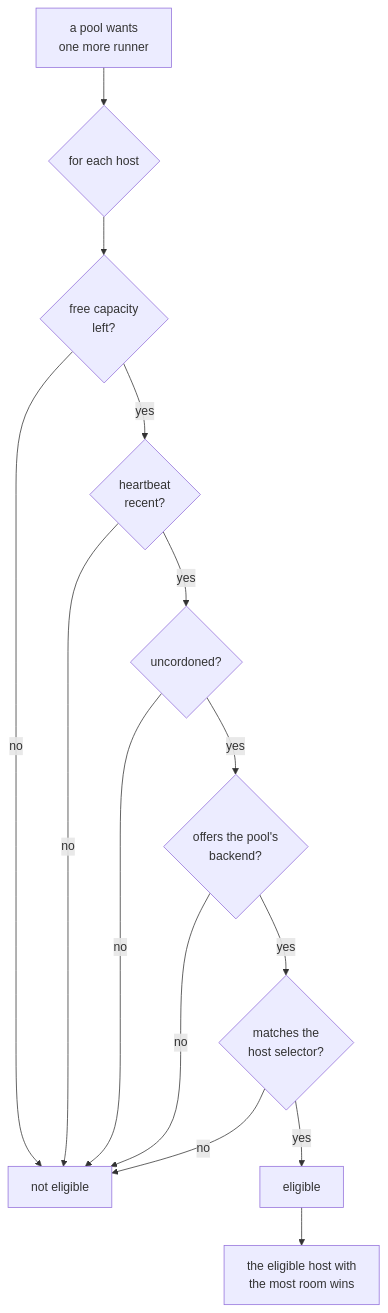
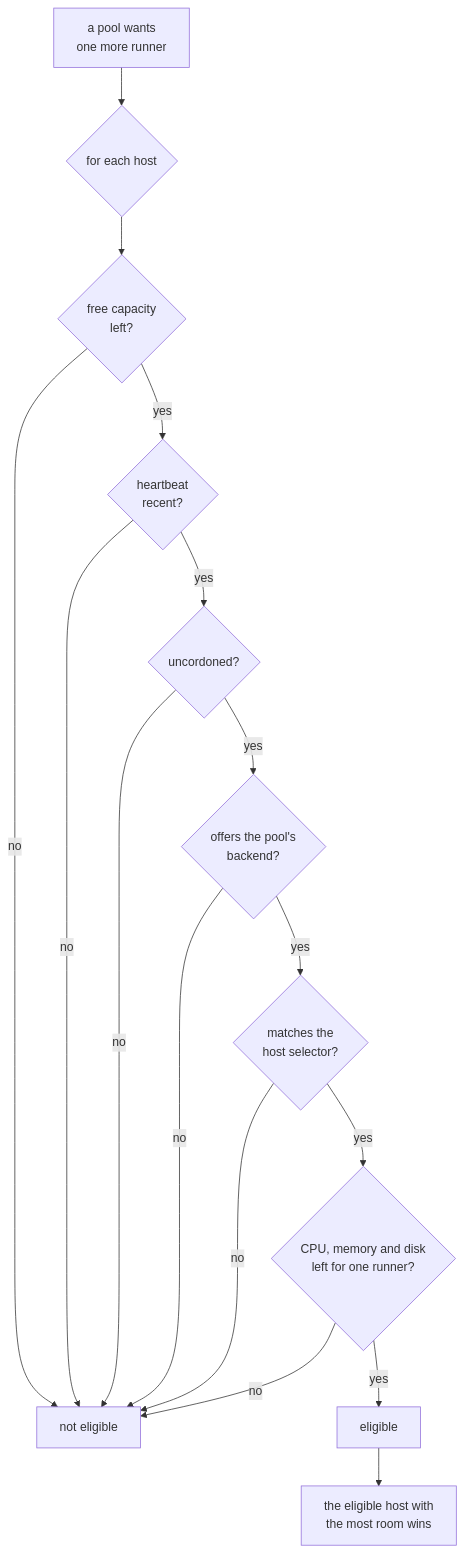
The diagram in docs/hosts-and-pools.md (eyupio/zoomies), drawn with Mermaid before and after one commit. The commit also changed other lines of this file and 11 other files, not shown here.

````diff
--- a/docs/hosts-and-pools.md
+++ b/docs/hosts-and-pools.md
@@ -208,16 +208,18 @@
 ```mermaid
 flowchart TD
     p["a pool wants<br/>one more runner"] --> h{"for each host"}
     h --> f{"free capacity<br/>left?"}
     f -->|no| no["not eligible"]
     f -->|yes| hl{"heartbeat<br/>recent?"}
     hl -->|no| no
     hl -->|yes| c{"uncordoned?"}
     c -->|no| no
     c -->|yes| b{"offers the pool's<br/>backend?"}
     b -->|no| no
     b -->|yes| s{"matches the<br/>host selector?"}
     s -->|no| no
-    s -->|yes| ok["eligible"]
+    s -->|yes| r{"CPU, memory and disk<br/>left for one runner?"}
+    r -->|no| no
+    r -->|yes| ok["eligible"]
     ok --> pick["the eligible host with<br/>the most room wins"]
 ```
````
